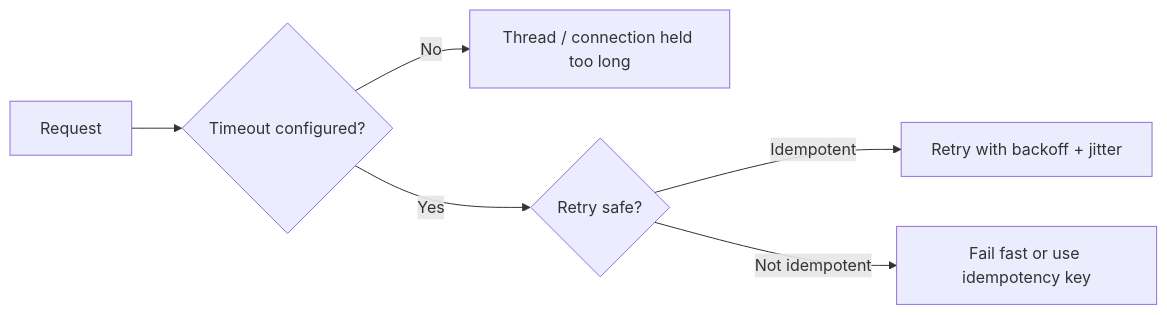
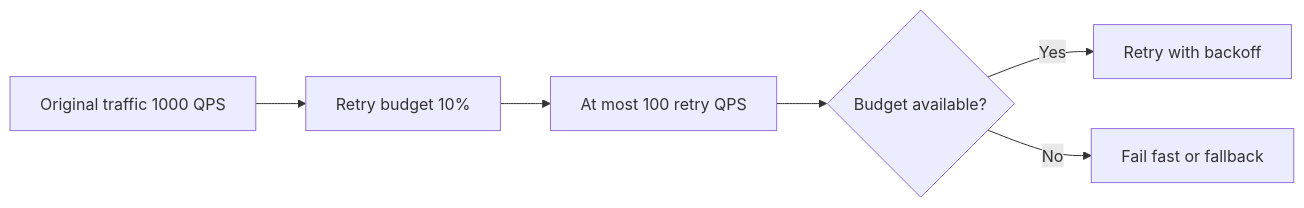
Before and after one commit to AmazingCaddy/readings-backend: the fourth of 5 diagrams in docs/fundamentals/http-timeout-retry.md, drawn with Mermaid. The commit also changed other lines of this file, not shown here.

Commit message:
docs: expand timeout and retry guide

````diff
--- a/docs/fundamentals/http-timeout-retry.md
+++ b/docs/fundamentals/http-timeout-retry.md
@@ -9,8 +352,8 @@
 ```mermaid
 flowchart LR
-    A[Request] --> B{Timeout configured?}
-    B -->|No| C[Thread / connection held too long]
-    B -->|Yes| D{Retry safe?}
-    D -->|Idempotent| E[Retry with backoff + jitter]
-    D -->|Not idempotent| F[Fail fast or use idempotency key]
+    A[Original traffic 1000 QPS] --> B[Retry budget 10%]
+    B --> C[At most 100 retry QPS]
+    C --> D{Budget available?}
+    D -->|Yes| E[Retry with backoff]
+    D -->|No| F[Fail fast or fallback]
 ```
````
